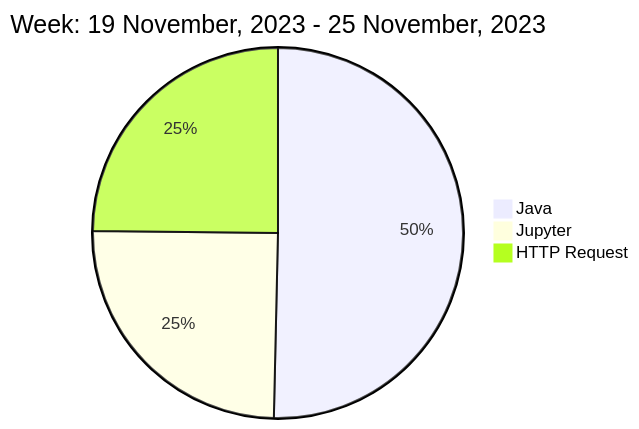
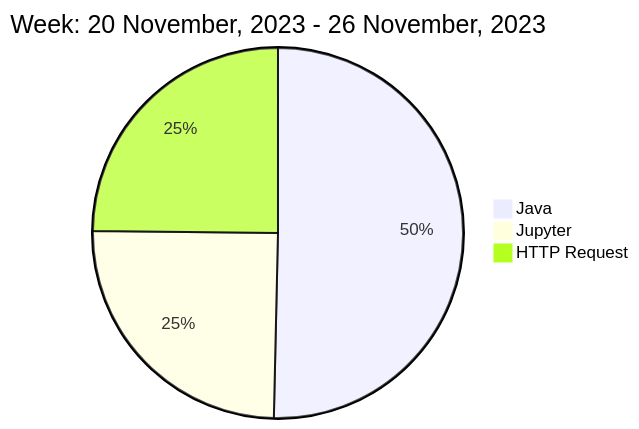
Before and after one commit to liubin95/liubin95: the diagram in README.md, drawn with Mermaid.

Commit message:
Updated the Graph with new Metrics

````diff
--- a/README.md
+++ b/README.md
@@ -37,7 +37,7 @@
 ```mermaid
  pie
-title Week: 19 November, 2023 - 25 November, 2023
+title Week: 20 November, 2023 - 26 November, 2023
  "Java" : 4.97
  "Jupyter" : 2.45
  "HTTP Request" : 2.45
 ```
````
